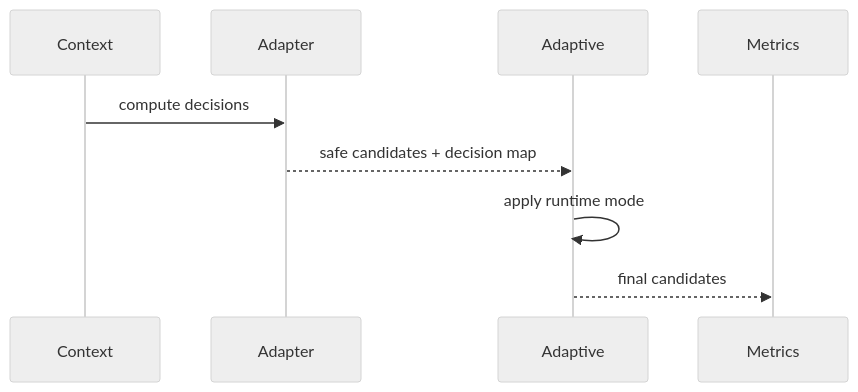
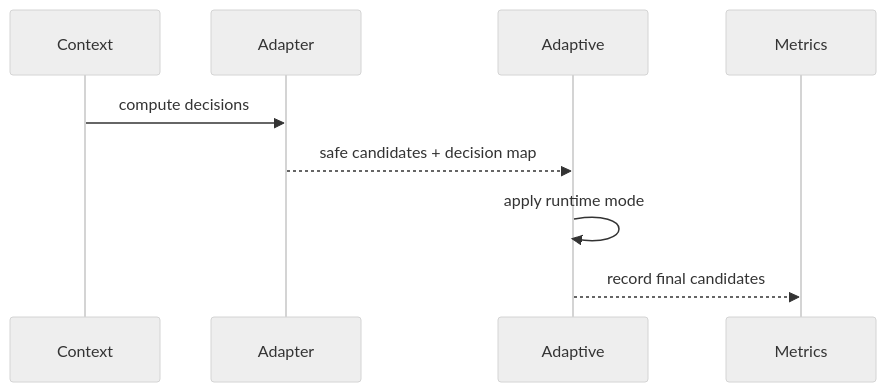
Before and after one commit to leozzmc/AetherNet: the fourth of 7 diagrams in docs/architecture.md, drawn with Mermaid (neutral theme). The commit also changed other lines of this file and 6 other files, not shown here.

````diff
--- a/docs/architecture.md
+++ b/docs/architecture.md
@@ -168,13 +211,13 @@
 ```mermaid
 sequenceDiagram
     participant Context
     participant Adapter
     participant Adaptive
     participant Metrics
 
     Context->>Adapter: compute decisions
     Adapter-->>Adaptive: safe candidates + decision map
 
     Adaptive->>Adaptive: apply runtime mode
-    Adaptive-->>Metrics: final candidates
+    Adaptive-->>Metrics: record final candidates
 ```
````
